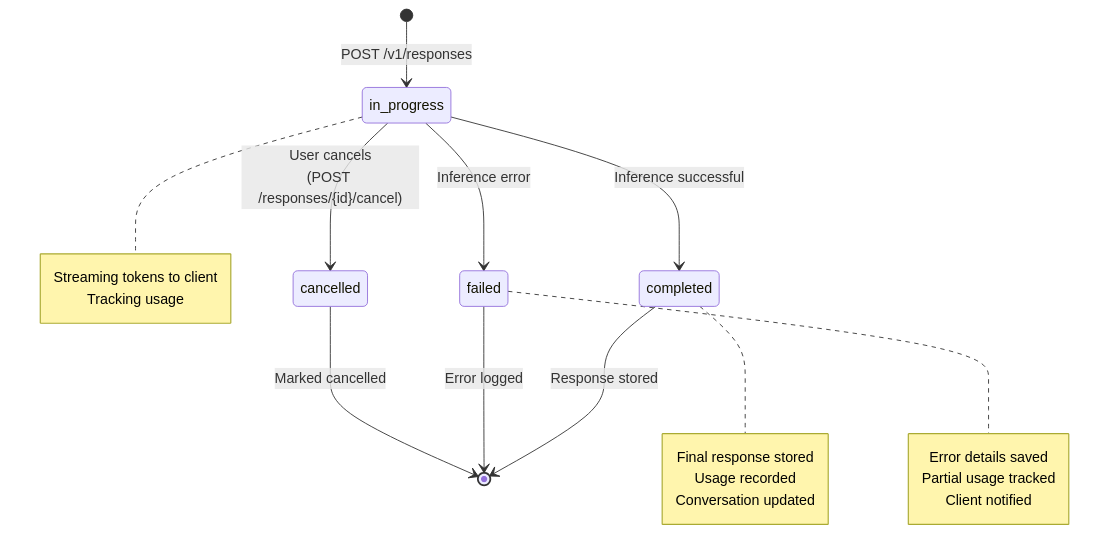
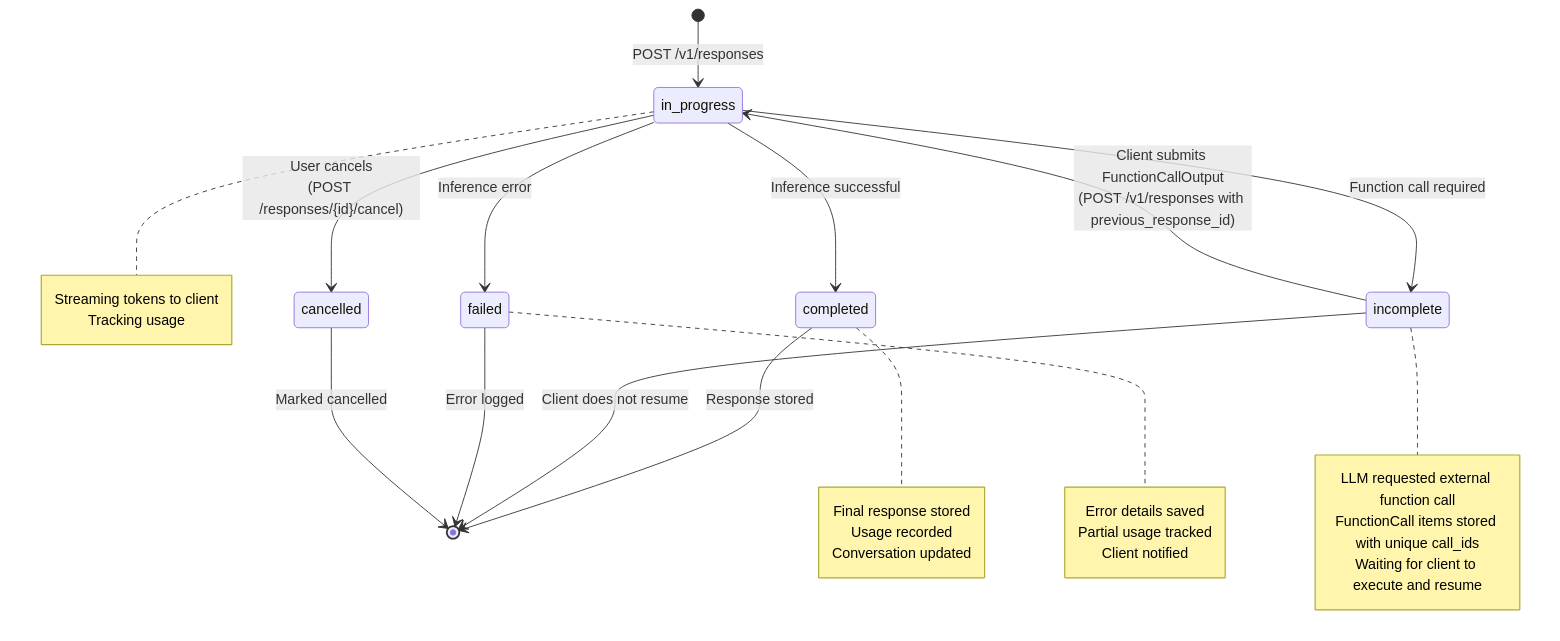
Diagram 12 of 16 in docs/architecture/c4-diagrams.md (nearai/cloud-api), drawn with Mermaid before and after one commit. The commit also changed other lines of this file and 16 other files, not shown here.

First line of the commit message:
feat: Adding tool call into response api (#413)

````diff
--- a/docs/architecture/c4-diagrams.md
+++ b/docs/architecture/c4-diagrams.md
@@ -735,29 +784,39 @@
 ```mermaid
 stateDiagram-v2
     [*] --> in_progress: POST /v1/responses
-    
+
     in_progress --> completed: Inference successful
+    in_progress --> incomplete: Function call required
     in_progress --> failed: Inference error
     in_progress --> cancelled: User cancels<br/>(POST /responses/{id}/cancel)
-    
+
+    incomplete --> in_progress: Client submits FunctionCallOutput<br/>(POST /v1/responses with previous_response_id)
+
     completed --> [*]: Response stored
+    incomplete --> [*]: Client does not resume
     failed --> [*]: Error logged
     cancelled --> [*]: Marked cancelled
-    
+
     note right of in_progress
         Streaming tokens to client
         Tracking usage
     end note
-    
+
+    note right of incomplete
+        LLM requested external function call
+        FunctionCall items stored with unique call_ids
+        Waiting for client to execute and resume
+    end note
+
     note right of completed
         Final response stored
         Usage recorded
         Conversation updated
     end note
-    
+
     note right of failed
         Error details saved
         Partial usage tracked
         Client notified
     end note
 ```
````
